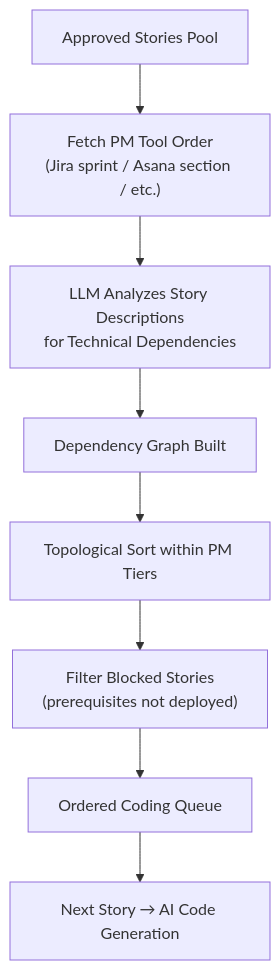
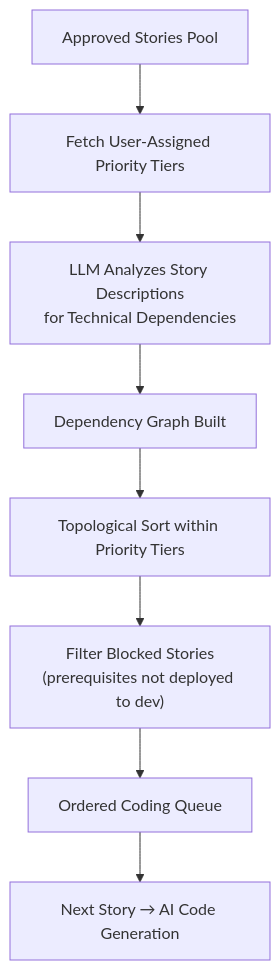
Before and after one commit to evertheme/everapps: the eighth of 8 diagrams in docs/future-enhancements.md, drawn with Mermaid. The commit also changed other lines of this file, not shown here.

````diff
--- a/docs/future-enhancements.md
+++ b/docs/future-enhancements.md
@@ -577,10 +1123,10 @@
 ```mermaid
 flowchart TD
-  approvedStories["Approved Stories Pool"] --> pmFetch["Fetch PM Tool Order\n(Jira sprint / Asana section / etc.)"]
-  pmFetch --> llmAnalysis["LLM Analyzes Story Descriptions\nfor Technical Dependencies"]
+  approvedStories["Approved Stories Pool"] --> priorityFetch["Fetch User-Assigned Priority Tiers"]
+  priorityFetch --> llmAnalysis["LLM Analyzes Story Descriptions\nfor Technical Dependencies"]
   llmAnalysis --> depGraph["Dependency Graph Built"]
-  depGraph --> topoSort["Topological Sort within PM Tiers"]
-  topoSort --> blockFilter["Filter Blocked Stories\n(prerequisites not deployed)"]
+  depGraph --> topoSort["Topological Sort within Priority Tiers"]
+  topoSort --> blockFilter["Filter Blocked Stories\n(prerequisites not deployed to dev)"]
   blockFilter --> orderedQueue["Ordered Coding Queue"]
   orderedQueue --> nextStory["Next Story → AI Code Generation"]
 ```
````
